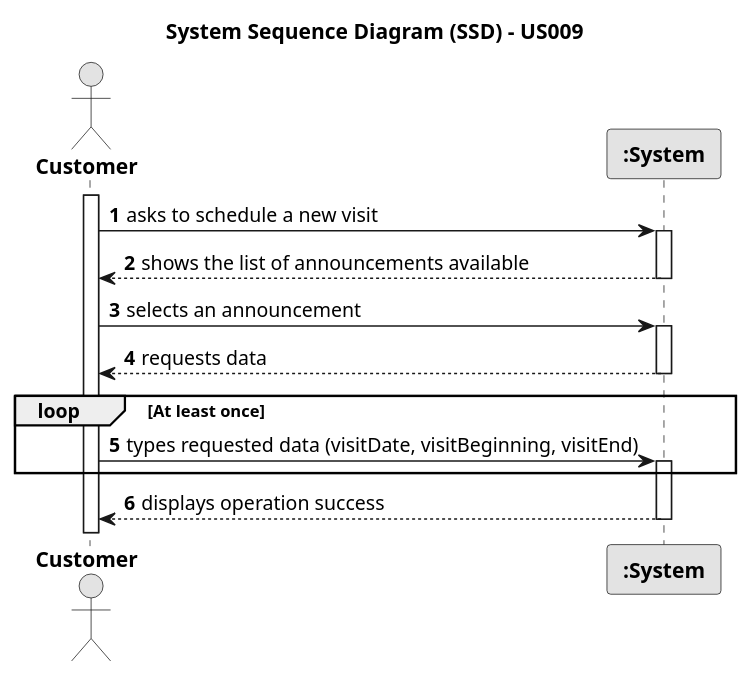
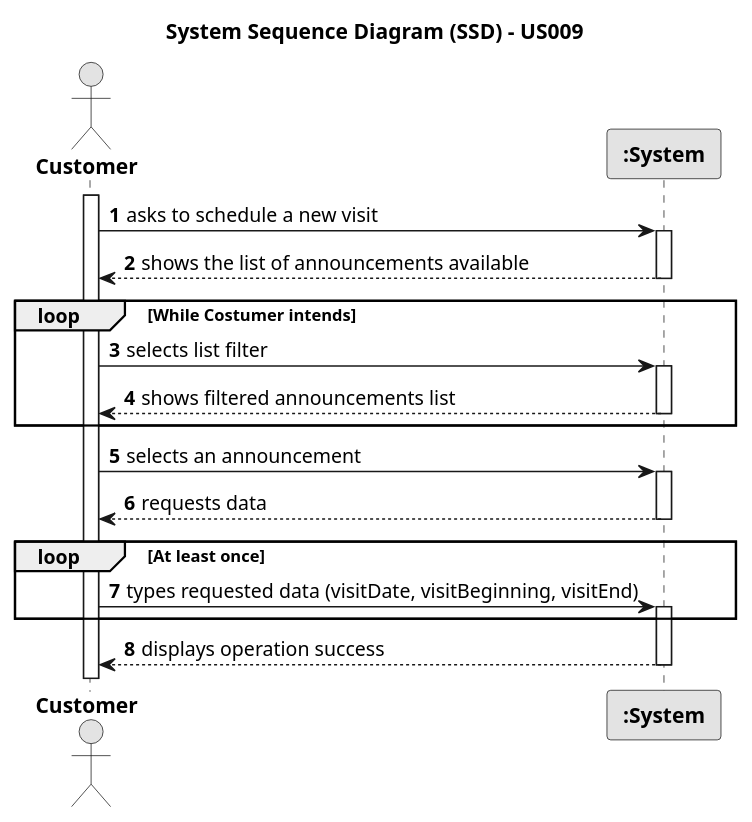
Before and after one commit to rita-barbosa/LAPR2-2223: the diagram in docs/sprintC/us009/01.requirements-engineering/puml/us009-system-sequence-diagram.puml, drawn with PlantUML.

Commit message:
SSD update [US009] [RE]

```diff
--- a/docs/sprintC/us009/01.requirements-engineering/puml/us009-system-sequence-diagram.puml
+++ b/docs/sprintC/us009/01.requirements-engineering/puml/us009-system-sequence-diagram.puml
@@ -1,37 +1,46 @@
 @startuml
 skinparam monochrome true
 skinparam packageStyle rectangle
 skinparam shadowing false
 
 title System Sequence Diagram (SSD) - US009
 
 autonumber
 
 actor "<b> Customer </b>" as CTM
 participant "<b> :System </b>" as System
 
 activate CTM
 
     CTM -> System : asks to schedule a new visit
         activate System
 
     System --> CTM : shows the list of announcements available
         deactivate System
 
+    loop While Costumer intends
+
+        CTM -> System : selects list filter
+        activate System
+
+            System --> CTM : shows filtered announcements list
+        deactivate System
+    end loop
+
     CTM -> System : selects an announcement
         activate System
 
     System --> CTM : requests data
         deactivate System
 
     loop At least once
 
     CTM -> System : types requested data (visitDate, visitBeginning, visitEnd)
         activate System
 
     end loop
 
     System --> CTM : displays operation success
         deactivate System
 
 @enduml
```
